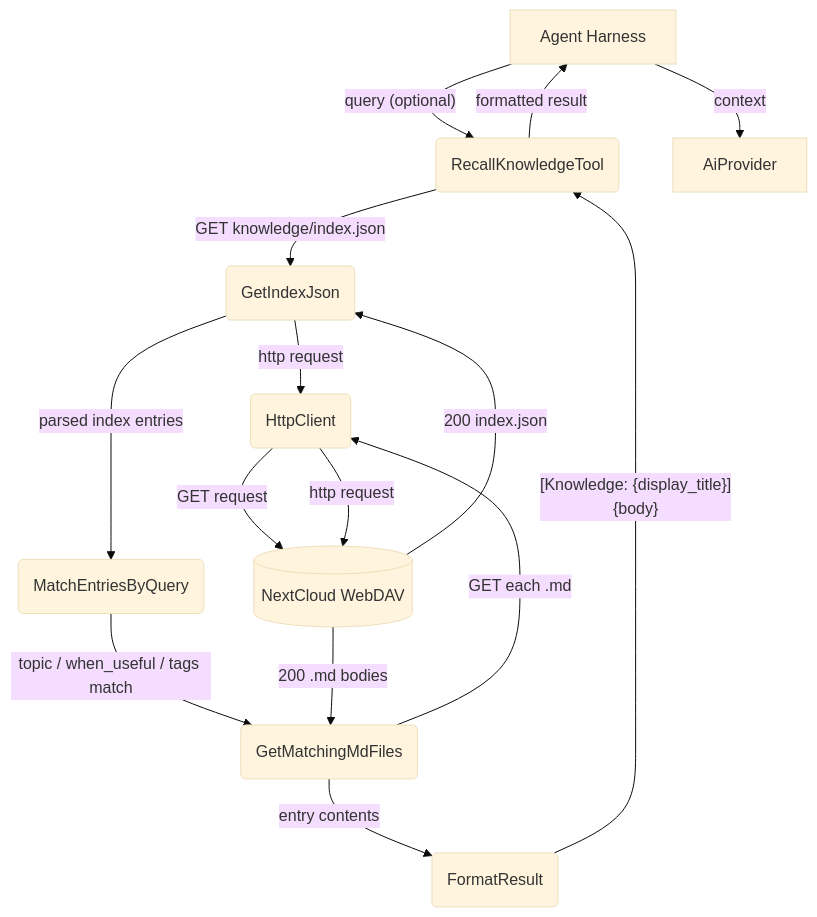
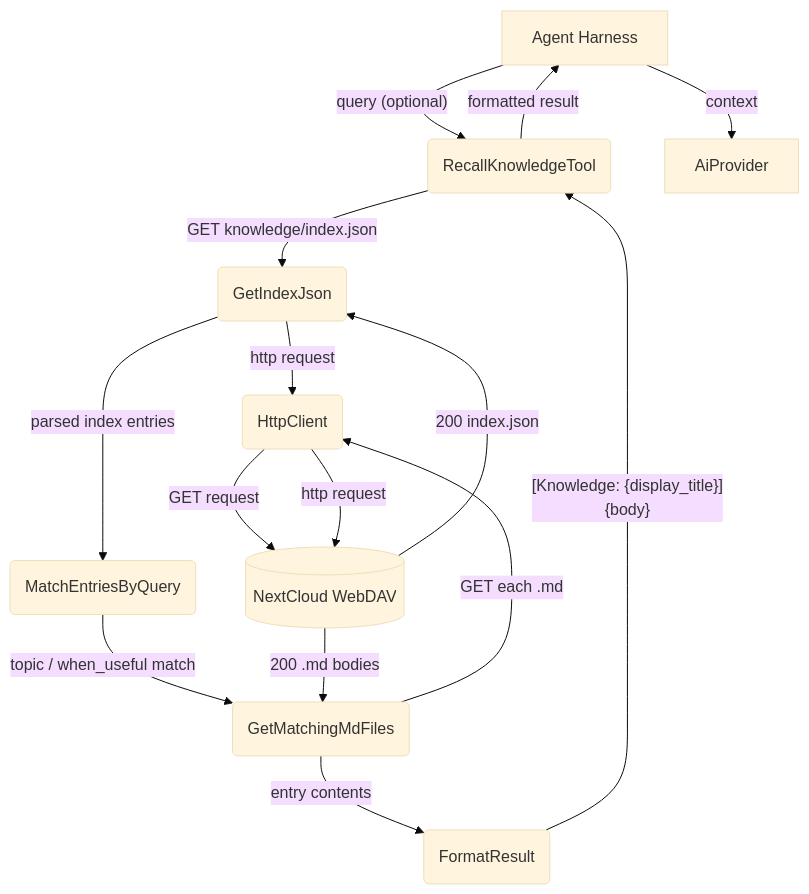
Before and after one commit to cosmoswafer/rockbot: the third of 5 diagrams in _dfd/tools/knowledge.md, drawn with Mermaid (base theme). The commit also changed other lines of this file and 8 other files, not shown here.

````diff
--- a/_dfd/tools/knowledge.md
+++ b/_dfd/tools/knowledge.md
@@ -96,27 +96,27 @@
 ```mermaid
 flowchart TD
     AGENT[Agent Harness]
     RECALL(RecallKnowledgeTool)
     GET_IDX(GetIndexJson)
     MATCH(MatchEntriesByQuery)
     GET_MD(GetMatchingMdFiles)
     FORMAT_CONTENT(FormatResult)
     HTTP(HttpClient)
     DAV[(NextCloud WebDAV)]
     AI[AiProvider]
 
     AGENT -->|"query (optional)"| RECALL
     RECALL -->|"GET knowledge/index.json"| GET_IDX
     GET_IDX -->|"http request"| HTTP
     HTTP -->|"GET request"| DAV
     DAV -->|"200 index.json"| GET_IDX
     GET_IDX -->|"parsed index entries"| MATCH
-    MATCH -->|"topic / when_useful / tags match"| GET_MD
+    MATCH -->|"topic / when_useful match"| GET_MD
     GET_MD -->|"GET each .md"| HTTP
     HTTP -->|"http request"| DAV
     DAV -->|"200 .md bodies"| GET_MD
     GET_MD -->|"entry contents"| FORMAT_CONTENT
     FORMAT_CONTENT -->|"[Knowledge: {display_title}]\n{body}"| RECALL
     RECALL -->|"formatted result"| AGENT
     AGENT -->|"context"| AI
 ```
````
